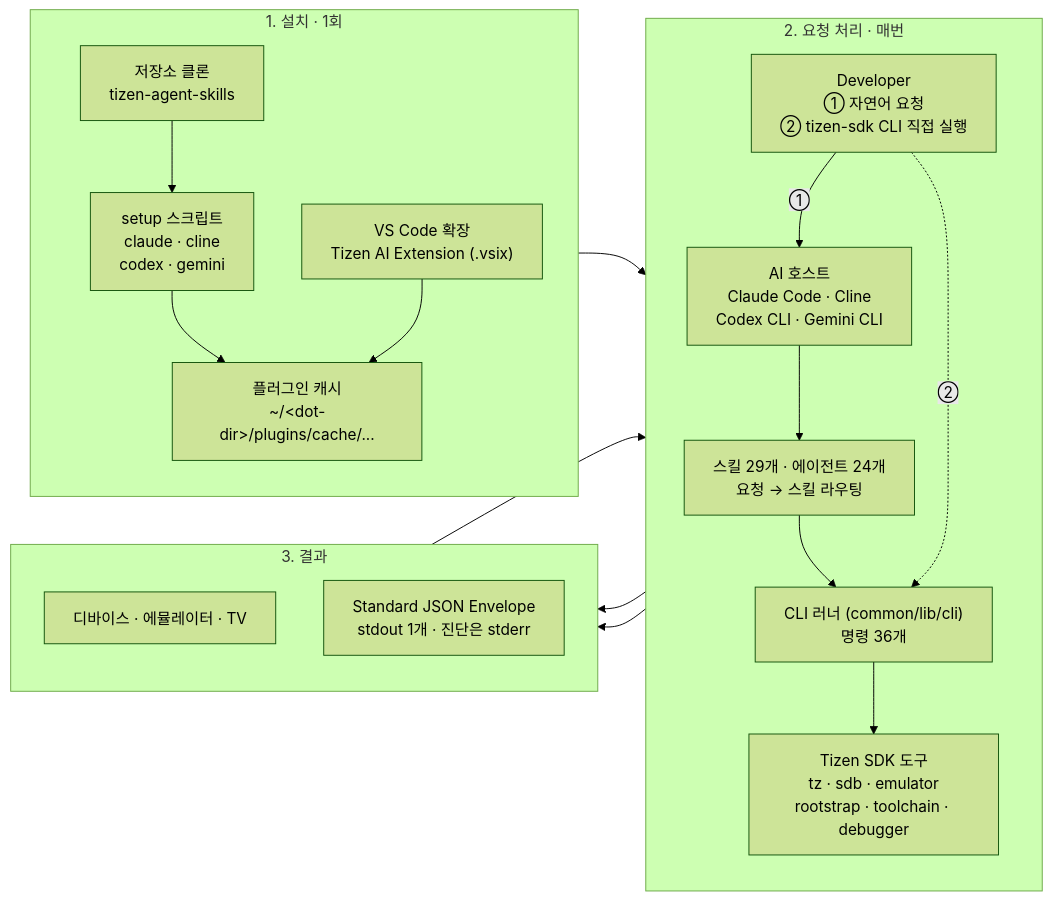
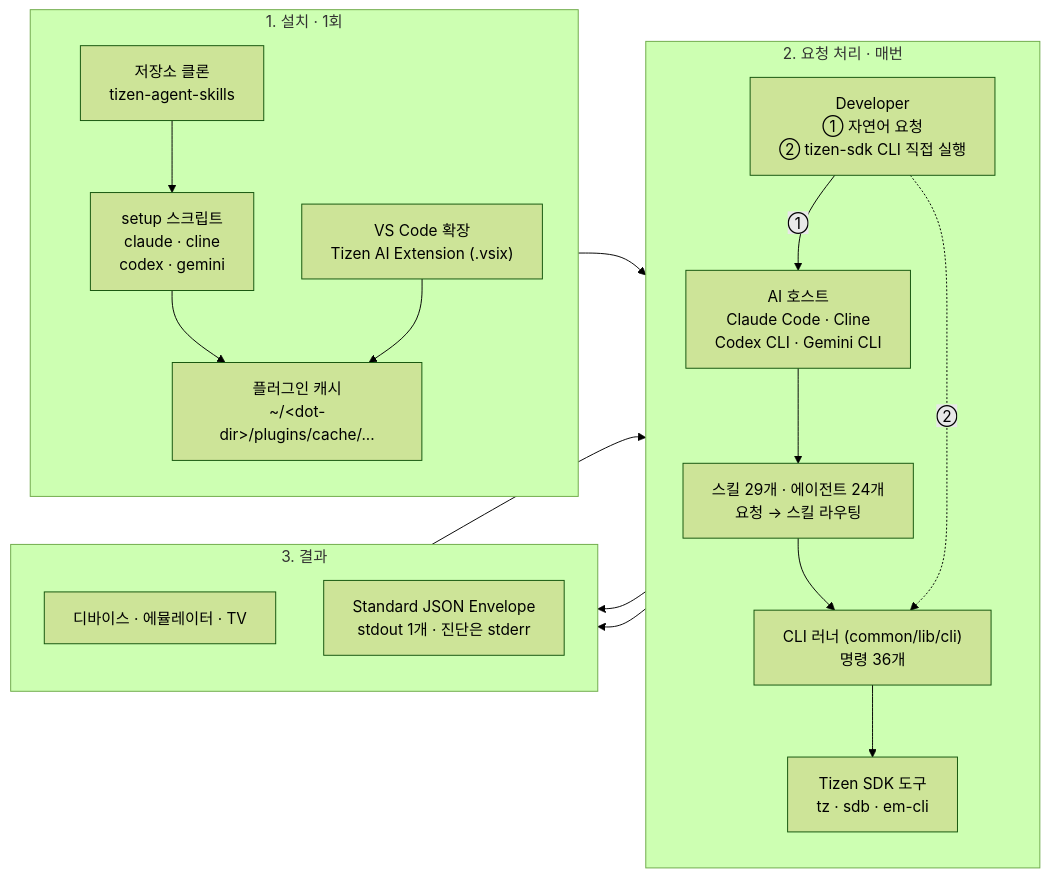
The first of 2 diagrams in tizen-sdk-skills/quick-guide.ko.md (Samsung/tizen-agent-skills), drawn with Mermaid (forest theme) before and after one commit. The commit also changed other lines of this file and 1 other file, not shown here.

First line of the commit message:
docs(tizen-sdk-skills): route the quick guide signing step back to the build

````diff
--- a/tizen-sdk-skills/quick-guide.ko.md
+++ b/tizen-sdk-skills/quick-guide.ko.md
@@ -11,33 +11,33 @@
 ```mermaid
 flowchart LR
     subgraph S1["1. 설치 · 1회"]
         direction TB
         Clone["저장소 클론<br/>tizen-agent-skills"] --> Setup["setup 스크립트<br/>claude · cline<br/>codex · gemini"]
         VSIX["VS Code 확장<br/>Tizen AI Extension (.vsix)"]
         Setup --> Cache["플러그인 캐시<br/>~/&lt;dot-dir&gt;/plugins/cache/..."]
         VSIX --> Cache
     end
 
     subgraph S2["2. 요청 처리 · 매번"]
         direction TB
         Dev["Developer<br/>① 자연어 요청<br/>② tizen-sdk CLI 직접 실행"]
         Host["AI 호스트<br/>Claude Code · Cline<br/>Codex CLI · Gemini CLI"]
         Skill["스킬 29개 · 에이전트 24개<br/>요청 → 스킬 라우팅"]
         Runner["CLI 러너 (common/lib/cli)<br/>명령 36개"]
-        Tools["Tizen SDK 도구<br/>tz · sdb · emulator<br/>rootstrap · toolchain · debugger"]
+        Tools["Tizen SDK 도구<br/>tz · sdb · em-cli"]
         Dev -->|①| Host --> Skill --> Runner
         Dev -.->|②| Runner
         Runner --> Tools
     end
 
     subgraph S3["3. 결과"]
         direction TB
         Target["디바이스 · 에뮬레이터 · TV"]
         Env["Standard JSON Envelope<br/>stdout 1개 · 진단은 stderr"]
     end
 
     Cache --> Skill
     Tools --> Target
     Runner --> Env
     Env --> Host
 ```
````
